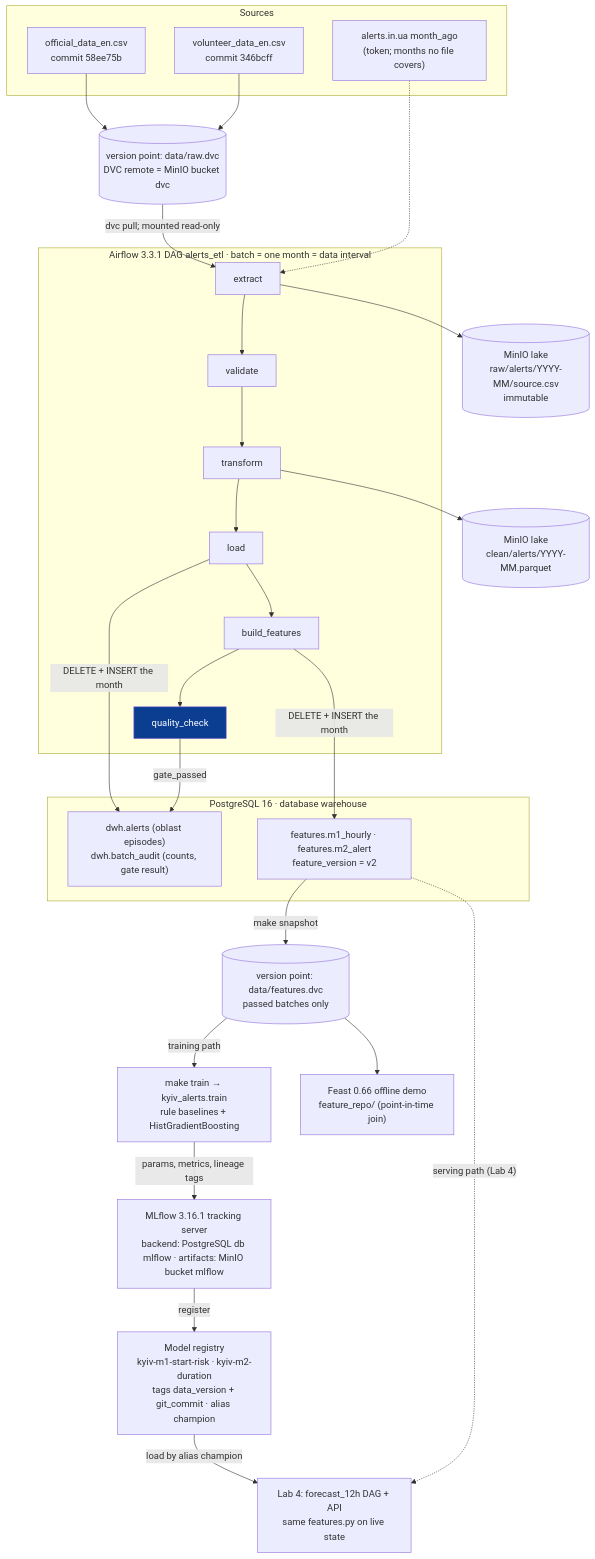
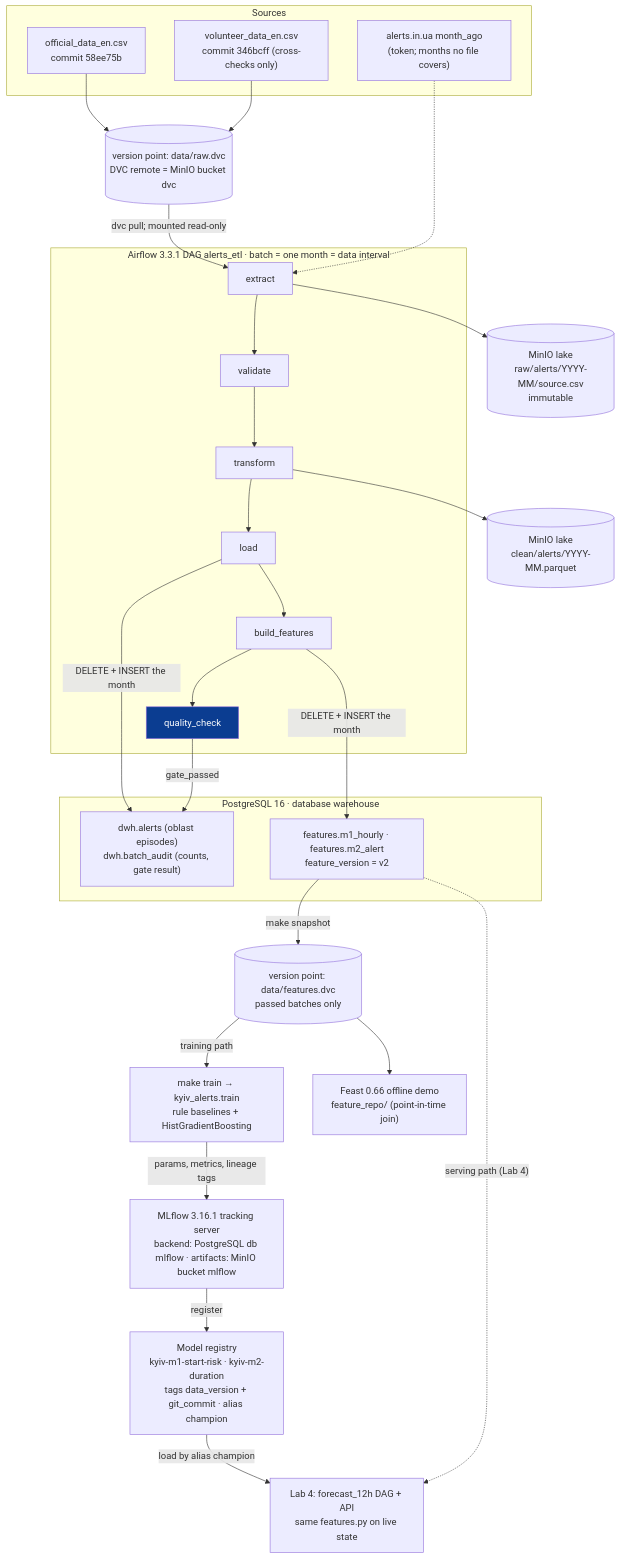
Before and after one commit to kvitoslava-yarish/mlops-2026: the second of 4 diagrams in docs/design.md, drawn with Mermaid. The commit also changed other lines of this file and 1 other file, not shown here.

````diff
--- a/docs/design.md
+++ b/docs/design.md
@@ -270,43 +270,43 @@
 ```mermaid
 flowchart TB
     subgraph SRC["Sources"]
         off["official_data_en.csv<br/>commit 58ee75b"]
-        vol["volunteer_data_en.csv<br/>commit 346bcff"]
+        vol["volunteer_data_en.csv<br/>commit 346bcff (cross-checks only)"]
         api["alerts.in.ua month_ago<br/>(token; months no file covers)"]
     end
     dvcraw[("version point: data/raw.dvc<br/>DVC remote = MinIO bucket dvc")]
     subgraph DAG["Airflow 3.3.1 DAG alerts_etl · batch = one month = data interval"]
         ex["extract"] --> va["validate"] --> tr["transform"] --> lo["load"] --> bf["build_features"] --> qc["quality_check"]
     end
     lakeraw[("MinIO lake<br/>raw/alerts/YYYY-MM/source.csv<br/>immutable")]
     lakeclean[("MinIO lake<br/>clean/alerts/YYYY-MM.parquet")]
     subgraph PG["PostgreSQL 16 · database warehouse"]
         dwh["dwh.alerts (oblast episodes)<br/>dwh.batch_audit (counts, gate result)"]
         feat["features.m1_hourly · features.m2_alert<br/>feature_version = v2"]
     end
     snap[("version point: data/features.dvc<br/>passed batches only")]
     train["make train → kyiv_alerts.train<br/>rule baselines + HistGradientBoosting"]
     mlf["MLflow 3.16.1 tracking server<br/>backend: PostgreSQL db mlflow · artifacts: MinIO bucket mlflow"]
     reg["Model registry<br/>kyiv-m1-start-risk · kyiv-m2-duration<br/>tags data_version + git_commit · alias champion"]
     feast["Feast 0.66 offline demo<br/>feature_repo/ (point-in-time join)"]
     serve["Lab 4: forecast_12h DAG + API<br/>same features.py on live state"]
 
     off --> dvcraw
     vol --> dvcraw
     dvcraw -- "dvc pull; mounted read-only" --> ex
     api -.-> ex
     ex --> lakeraw
     tr --> lakeclean
     lo -- "DELETE + INSERT the month" --> dwh
     bf -- "DELETE + INSERT the month" --> feat
     qc -- "gate_passed" --> dwh
     feat -- "make snapshot" --> snap
     snap -- "training path" --> train
     snap --> feast
     train -- "params, metrics, lineage tags" --> mlf
     mlf -- "register" --> reg
     reg -- "load by alias champion" --> serve
     feat -. "serving path (Lab 4)" .-> serve
 
     style qc fill:#0b3d91,color:#ffffff
 ```
````
